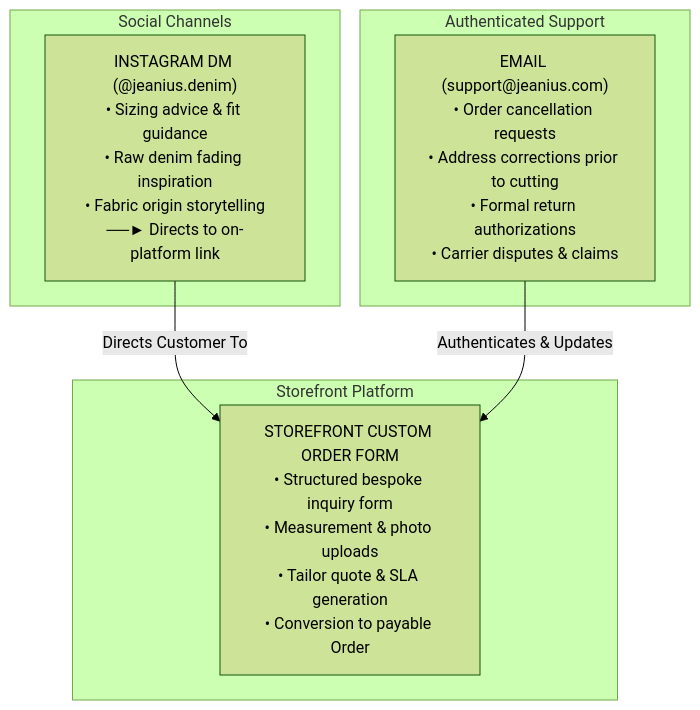
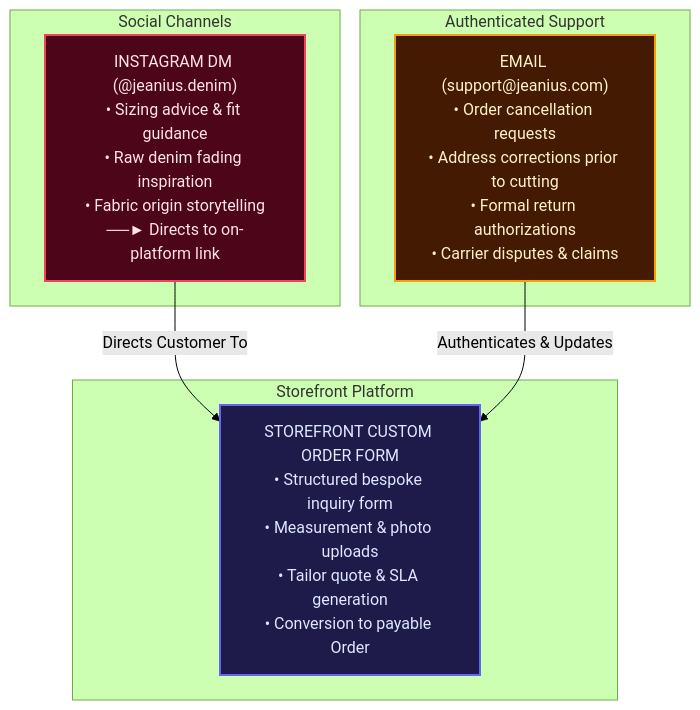
Before and after one commit to Sarthak2233/Jeanius: the diagram in docs/assets/diagrams/src/support-channel-boundaries.mmd, drawn with Mermaid (forest theme). The commit also changed 43 other files, not shown here.

First line of the commit message:
feat(docs): revamp diagrams with high-contrast dark atelier card styling and semantic palettes

```diff
--- a/docs/assets/diagrams/src/support-channel-boundaries.mmd
+++ b/docs/assets/diagrams/src/support-channel-boundaries.mmd
@@ -1,15 +1,23 @@
 graph TD
     subgraph Social Channels
         IG["INSTAGRAM DM (@jeanius.denim)<br/>• Sizing advice & fit guidance<br/>• Raw denim fading inspiration<br/>• Fabric origin storytelling<br/>──► Directs to on-platform link"]
     end
 
     subgraph Authenticated Support
         Email["EMAIL (support@jeanius.com)<br/>• Order cancellation requests<br/>• Address corrections prior to cutting<br/>• Formal return authorizations<br/>• Carrier disputes & claims"]
     end
 
     subgraph Storefront Platform
         CustomForm["STOREFRONT CUSTOM ORDER FORM<br/>• Structured bespoke inquiry form<br/>• Measurement & photo uploads<br/>• Tailor quote & SLA generation<br/>• Conversion to payable Order"]
     end
 
     IG -->|Directs Customer To| CustomForm
     Email -->|Authenticates & Updates| CustomForm
+
+    classDef rose fill:#4c0519,stroke:#f43f5e,stroke-width:2px,color:#ffe4e6;
+    classDef amber fill:#451a03,stroke:#f59e0b,stroke-width:2px,color:#fef3c7;
+    classDef indigo fill:#1e1b4b,stroke:#6366f1,stroke-width:2px,color:#e0e7ff;
+
+    class IG rose;
+    class Email amber;
+    class CustomForm indigo;
```
